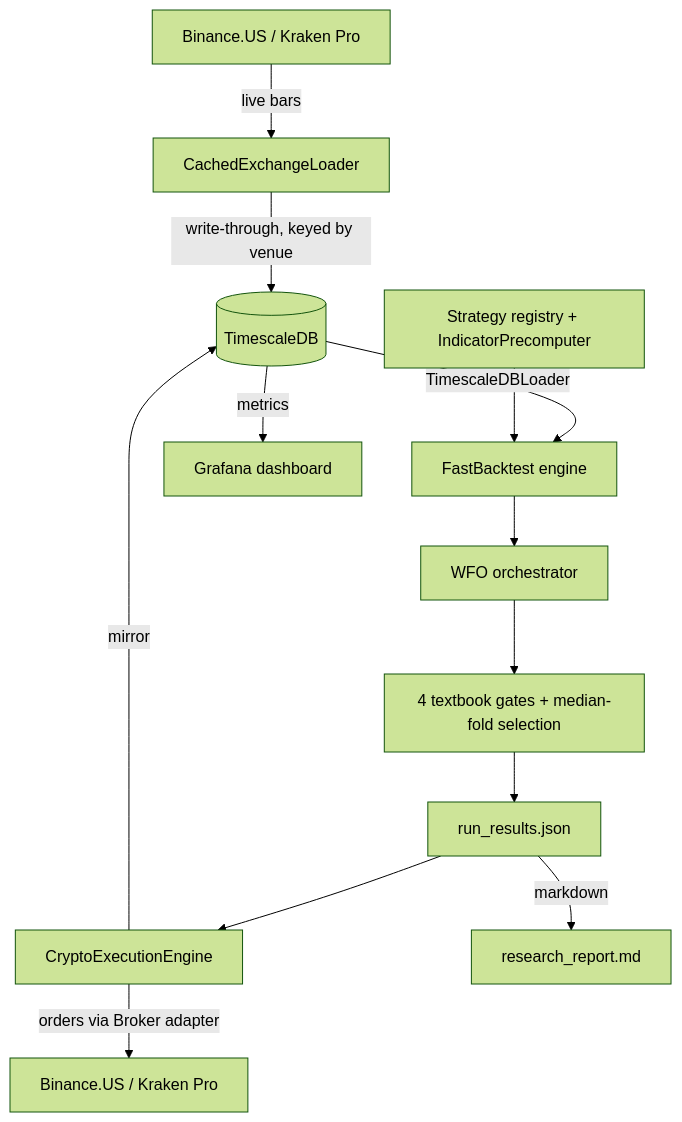
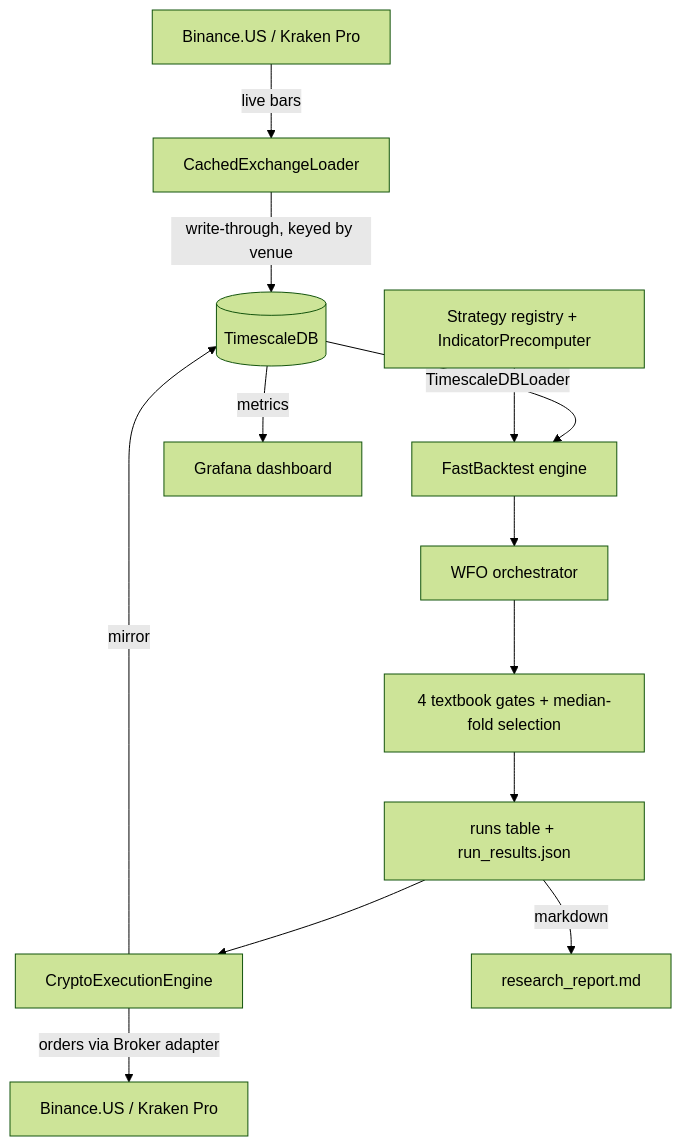
The diagram in docs/architecture.md (garykuepper/ggTrader), drawn with Mermaid (forest theme) before and after one commit. The commit also changed other lines of this file and 5 other files, not shown here.

````diff
--- a/docs/architecture.md
+++ b/docs/architecture.md
@@ -84,15 +129,15 @@
 ```mermaid
 graph TD
     A[Binance.US / Kraken Pro] -->|live bars| B[CachedExchangeLoader]
     B -->|write-through, keyed by venue| C[(TimescaleDB)]
     C -->|TimescaleDBLoader| D[FastBacktest engine]
     E[Strategy registry + IndicatorPrecomputer] --> D
     D --> F[WFO orchestrator]
     F --> G[4 textbook gates + median-fold selection]
-    G --> H[run_results.json]
+    G --> H[runs table + run_results.json]
     H --> I[CryptoExecutionEngine]
     I -->|orders via Broker adapter| J[Binance.US / Kraken Pro]
     I -->|mirror| C
     C -->|metrics| K[Grafana dashboard]
     H -->|markdown| L[research_report.md]
 ```
````
